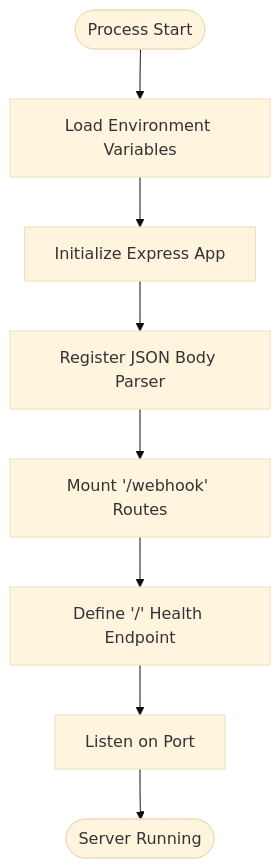
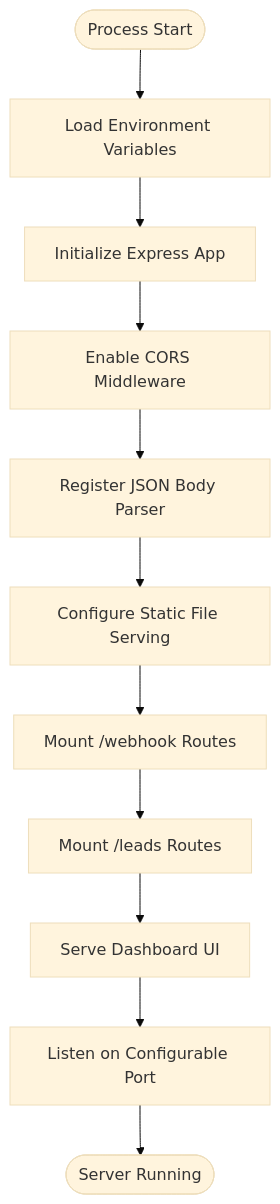
One commit to hariom-wdsadhunik/SaaS-Project changed the third of 6 diagrams in .qoder/repowiki/en/content/System Architecture.md. Above: the diagram before and after it, drawn with Mermaid (base theme). The commit also changed other lines of this file and 13 other files, not shown here.

````diff
--- a/.qoder/repowiki/en/content/System Architecture.md
+++ b/.qoder/repowiki/en/content/System Architecture.md
@@ -115,10 +175,13 @@
 ```mermaid
 flowchart TD
 Start(["Process Start"]) --> LoadEnv["Load Environment Variables"]
 LoadEnv --> InitApp["Initialize Express App"]
-InitApp --> UseBodyParser["Register JSON Body Parser"]
-UseBodyParser --> MountRoutes["Mount '/webhook' Routes"]
-MountRoutes --> HealthCheck["Define '/' Health Endpoint"]
-HealthCheck --> Listen["Listen on Port"]
+InitApp --> EnableCORS["Enable CORS Middleware"]
+EnableCORS --> UseBodyParser["Register JSON Body Parser"]
+UseBodyParser --> StaticFiles["Configure Static File Serving"]
+StaticFiles --> MountWebhookRoutes["Mount /webhook Routes"]
+MountWebhookRoutes --> MountLeadsRoutes["Mount /leads Routes"]
+MountLeadsRoutes --> ServeUI["Serve Dashboard UI"]
+ServeUI --> Listen["Listen on Configurable Port"]
 Listen --> Ready(["Server Running"])
 ```
````
